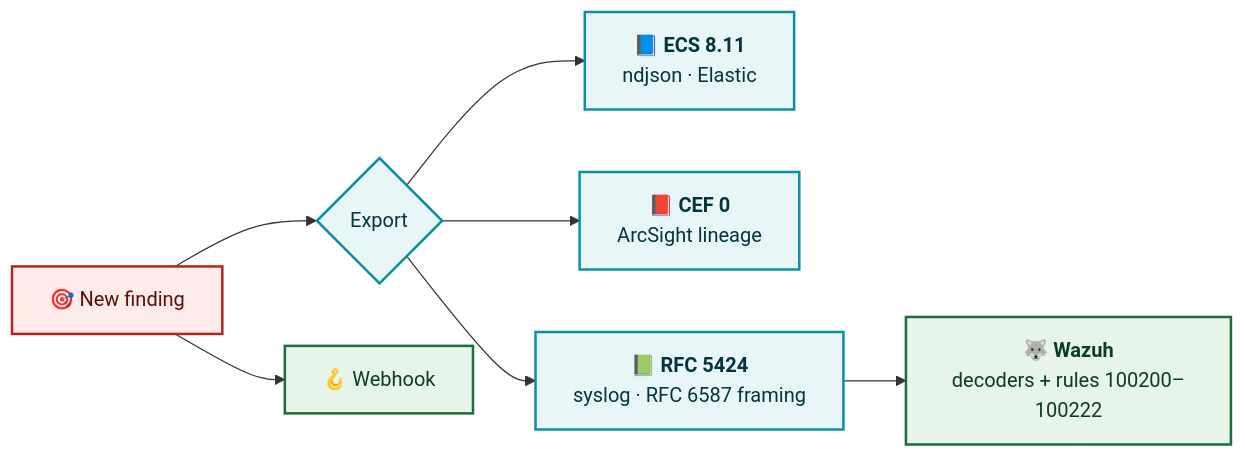
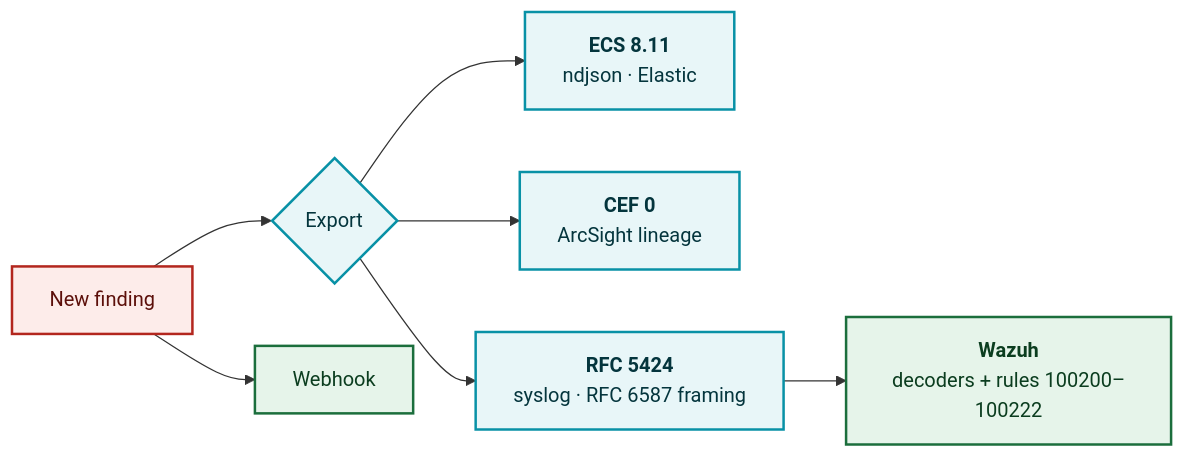
The ninth of 10 diagrams in README.md (Anbu-00001/NetForensiq), drawn with Mermaid before and after one commit. The commit also changed other lines of this file and 29 other files, not shown here.

````diff
--- a/README.md
+++ b/README.md
@@ -444,16 +548,16 @@
 ```mermaid
 graph LR
-    F["🎯 New finding"] --> SIEM{"Export"}
-    SIEM --> ECS["📘 <b>ECS 8.11</b><br/>ndjson · Elastic"]
-    SIEM --> CEF["📕 <b>CEF 0</b><br/>ArcSight lineage"]
-    SIEM --> SYS["📗 <b>RFC 5424</b><br/>syslog · RFC 6587 framing"]
-    SYS --> WAZ["🐺 <b>Wazuh</b><br/>decoders + rules 100200–100222"]
-    F --> WH["🪝 Webhook"]
+    F["New finding"] --> SIEM{"Export"}
+    SIEM --> ECS["<b>ECS 8.11</b><br/>ndjson · Elastic"]
+    SIEM --> CEF["<b>CEF 0</b><br/>ArcSight lineage"]
+    SIEM --> SYS["<b>RFC 5424</b><br/>syslog · RFC 6587 framing"]
+    SYS --> WAZ["<b>Wazuh</b><br/>decoders + rules 100200–100222"]
+    F --> WH["Webhook"]
 
     classDef src fill:#FDECEA,stroke:#B3261E,stroke-width:2px,color:#5C0F0A
     classDef exp fill:#E8F6F8,stroke:#0891A6,stroke-width:2px,color:#04353D
     classDef sink fill:#E6F4EA,stroke:#1B6E3C,stroke-width:2px,color:#0B3D1F
     class F src
     class SIEM,ECS,CEF,SYS exp
     class WAZ,WH sink
 ```
````
